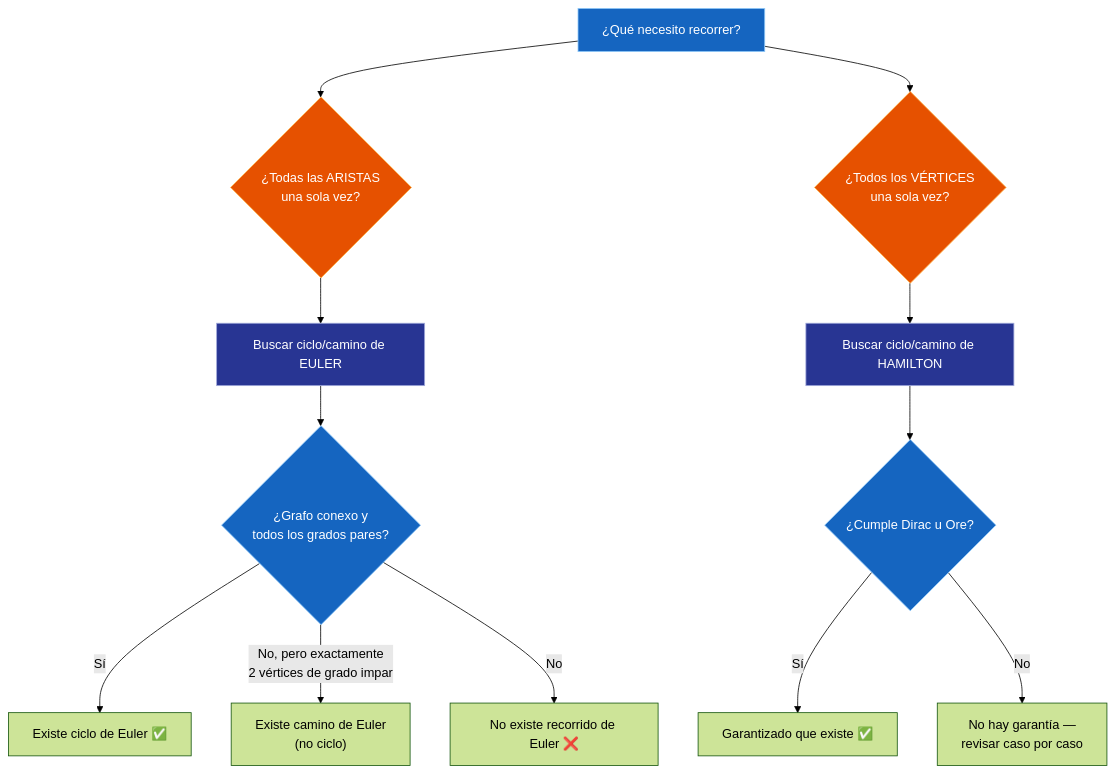
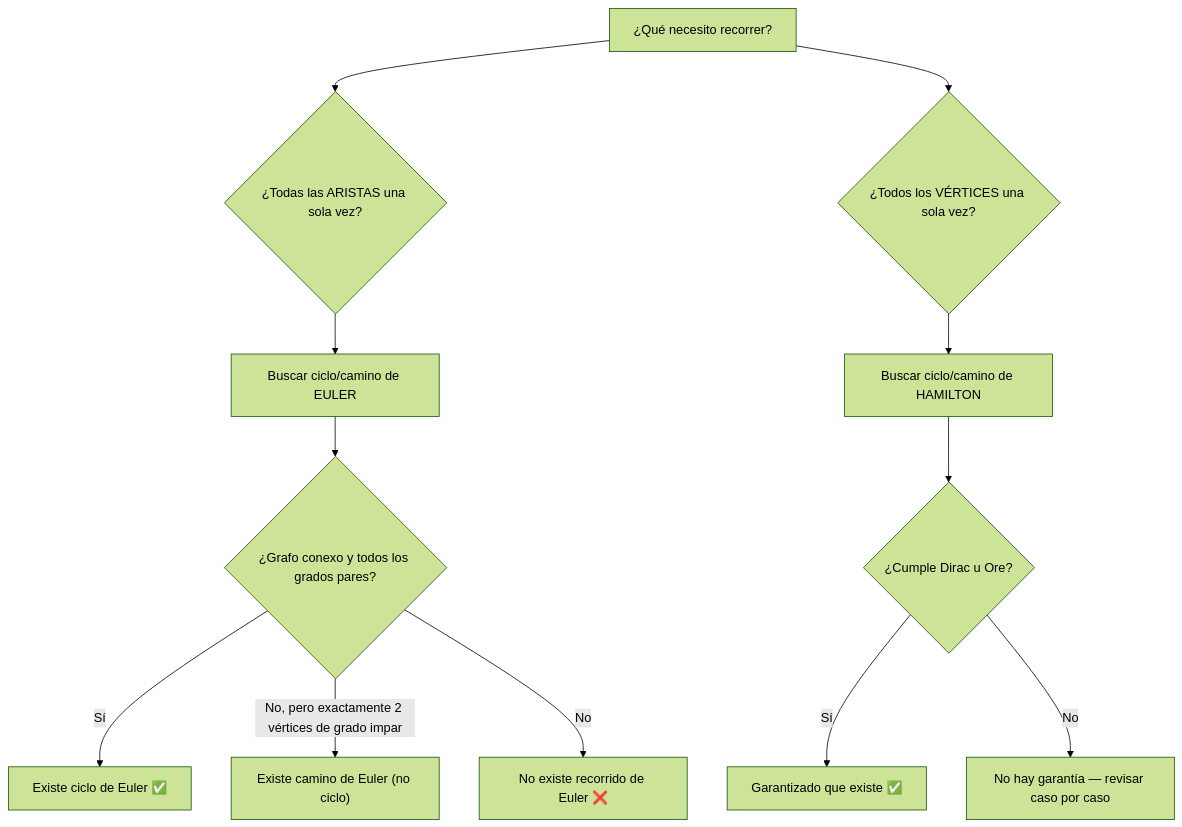
One commit to Fsteven22/Notas-ESPOL changed the first of 2 diagrams in src/site/notes/Universidad/3er Semestre/Matemáticas Discretas/Unidad 5 - Grafos y Árboles/01 - Grafos I - Conceptos Básicos y Recorridos.md. Above: the diagram before and after it, drawn with Mermaid (forest theme). The commit also changed other lines of this file and 181 other files, not shown here.

````diff
--- a/src/site/notes/Universidad/3er Semestre/Matemáticas Discretas/Unidad 5 - Grafos y Árboles/01 - Grafos I - Conceptos Básicos y Recorridos.md
+++ b/src/site/notes/Universidad/3er Semestre/Matemáticas Discretas/Unidad 5 - Grafos y Árboles/01 - Grafos I - Conceptos Básicos y Recorridos.md
@@ -362,21 +336,14 @@
 ```mermaid
 graph TD
-    A["¿Qué necesito recorrer?"] --> B{"¿Todas las ARISTAS<br/>una sola vez?"}
-    A --> C{"¿Todos los VÉRTICES<br/>una sola vez?"}
+    A["¿Qué necesito recorrer?"] --> B{"¿Todas las ARISTAS una sola vez?"}
+    A --> C{"¿Todos los VÉRTICES una sola vez?"}
     B --> D["Buscar ciclo/camino de EULER"]
-    D --> E{"¿Grafo conexo y<br/>todos los grados pares?"}
+    D --> E{"¿Grafo conexo y todos los grados pares?"}
     E -->|Sí| F["Existe ciclo de Euler ✅"]
-    E -->|No, pero exactamente<br/>2 vértices de grado impar| G["Existe camino de Euler<br/>(no ciclo)"]
+    E -->|No, pero exactamente 2 vértices de grado impar| G["Existe camino de Euler (no ciclo)"]
     E -->|No| H["No existe recorrido de Euler ❌"]
     C --> I["Buscar ciclo/camino de HAMILTON"]
     I --> J{"¿Cumple Dirac u Ore?"}
     J -->|Sí| K["Garantizado que existe ✅"]
-    J -->|No| L["No hay garantía —<br/>revisar caso por caso"]
-    style A fill:#1565C0,color:#FFFFFF,stroke:#90CAF9,stroke-width:1px
-    style B fill:#E65100,color:#FFFFFF,stroke:#FFB74D,stroke-width:1px
-    style C fill:#E65100,color:#FFFFFF,stroke:#FFB74D,stroke-width:1px
-    style D fill:#283593,color:#FFFFFF,stroke:#9FA8DA,stroke-width:1px
-    style E fill:#1565C0,color:#FFFFFF,stroke:#90CAF9,stroke-width:1px
-    style I fill:#283593,color:#FFFFFF,stroke:#9FA8DA,stroke-width:1px
-    style J fill:#1565C0,color:#FFFFFF,stroke:#90CAF9,stroke-width:1px
+    J -->|No| L["No hay garantía — revisar caso por caso"]
 ```
````
